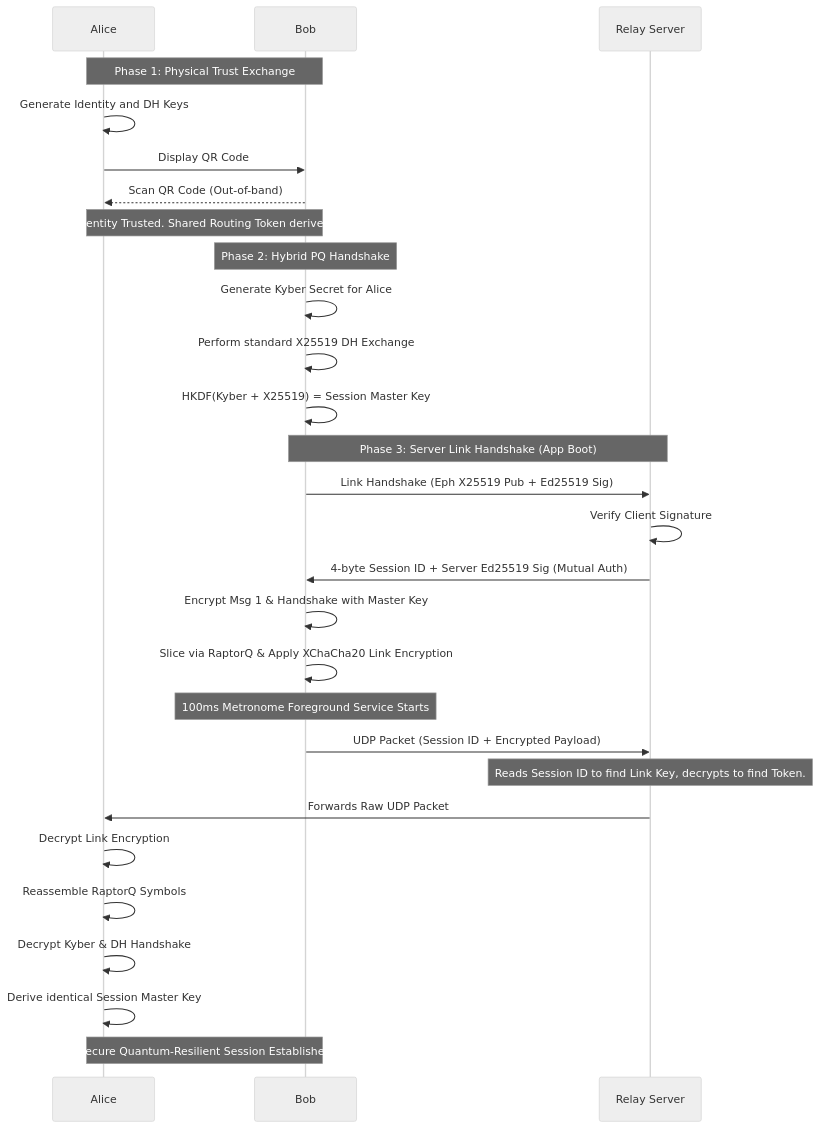
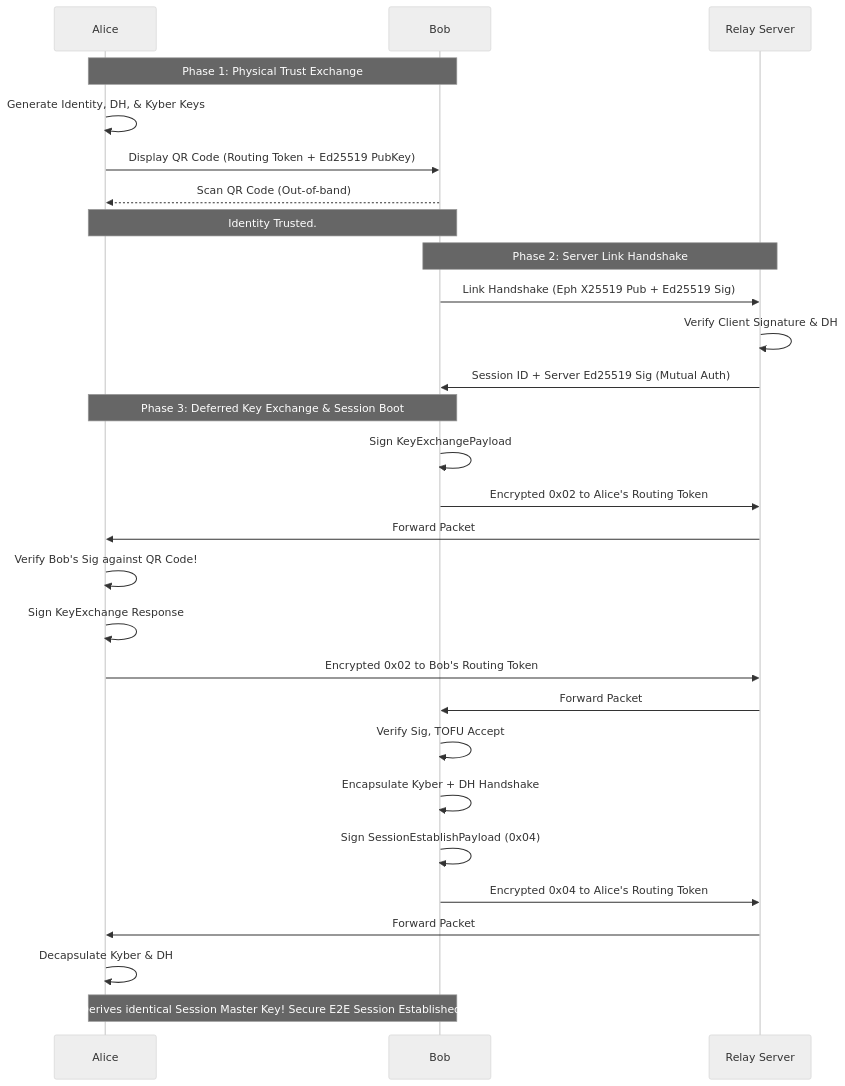
Before and after one commit to Lxadams/Cryptogram: the first of 3 diagrams in documentations/architecture-diagrams.md, drawn with Mermaid (neutral theme). The commit also changed other lines of this file and 9 other files, not shown here.

Commit message:
docs and diagrams

````diff
--- a/documentations/architecture-diagrams.md
+++ b/documentations/architecture-diagrams.md
@@ -12,36 +9,33 @@
 ```mermaid
 sequenceDiagram
     participant A as Alice
     participant B as Bob
     participant S as Relay Server
 
     Note over A, B: Phase 1: Physical Trust Exchange
-    A->>A: Generate Identity and DH Keys
-    A->>B: Display QR Code
+    A->>A: Generate Identity, DH, & Kyber Keys
+    A->>B: Display QR Code (Routing Token + Ed25519 PubKey)
     B-->>A: Scan QR Code (Out-of-band)
-    Note over A, B: Identity Trusted. Shared Routing Token derived.
+    Note over A, B: Identity Trusted. 
 
-    Note over B: Phase 2: Hybrid PQ Handshake
-    B->>B: Generate Kyber Secret for Alice
-    B->>B: Perform standard X25519 DH Exchange
-    B->>B: HKDF(Kyber + X25519) = Session Master Key
-    
-    Note over B, S: Phase 3: Server Link Handshake (App Boot)
+    Note over B, S: Phase 2: Server Link Handshake
     B->>S: Link Handshake (Eph X25519 Pub + Ed25519 Sig)
-    S->>S: Verify Client Signature
-    S->>B: 4-byte Session ID + Server Ed25519 Sig (Mutual Auth)
+    S->>S: Verify Client Signature & DH
+    S->>B: Session ID + Server Ed25519 Sig (Mutual Auth)
 
-    B->>B: Encrypt Msg 1 & Handshake with Master Key
-    B->>B: Slice via RaptorQ & Apply XChaCha20 Link Encryption
-    
-    Note over B: 100ms Metronome Foreground Service Starts
-    B->>S: UDP Packet (Session ID + Encrypted Payload)
-    Note over S: Reads Session ID to find Link Key, decrypts to find Token.
-    S->>A: Forwards Raw UDP Packet
-    
-    A->>A: Decrypt Link Encryption
-    A->>A: Reassemble RaptorQ Symbols
-    A->>A: Decrypt Kyber & DH Handshake
-    A->>A: Derive identical Session Master Key
-    Note over A, B: Secure Quantum-Resilient Session Established
+    Note over A, B: Phase 3: Deferred Key Exchange & Session Boot
+    B->>B: Sign KeyExchangePayload
+    B->>S: Encrypted 0x02 to Alice's Routing Token
+    S->>A: Forward Packet
+    A->>A: Verify Bob's Sig against QR Code!
+    A->>A: Sign KeyExchange Response
+    A->>S: Encrypted 0x02 to Bob's Routing Token
+    S->>B: Forward Packet
+    B->>B: Verify Sig, TOFU Accept
+    B->>B: Encapsulate Kyber + DH Handshake
+    B->>B: Sign SessionEstablishPayload (0x04)
+    B->>S: Encrypted 0x04 to Alice's Routing Token
+    S->>A: Forward Packet
+    A->>A: Decapsulate Kyber & DH
+    Note over A, B: Derives identical Session Master Key! Secure E2E Session Established.
 ```
````
